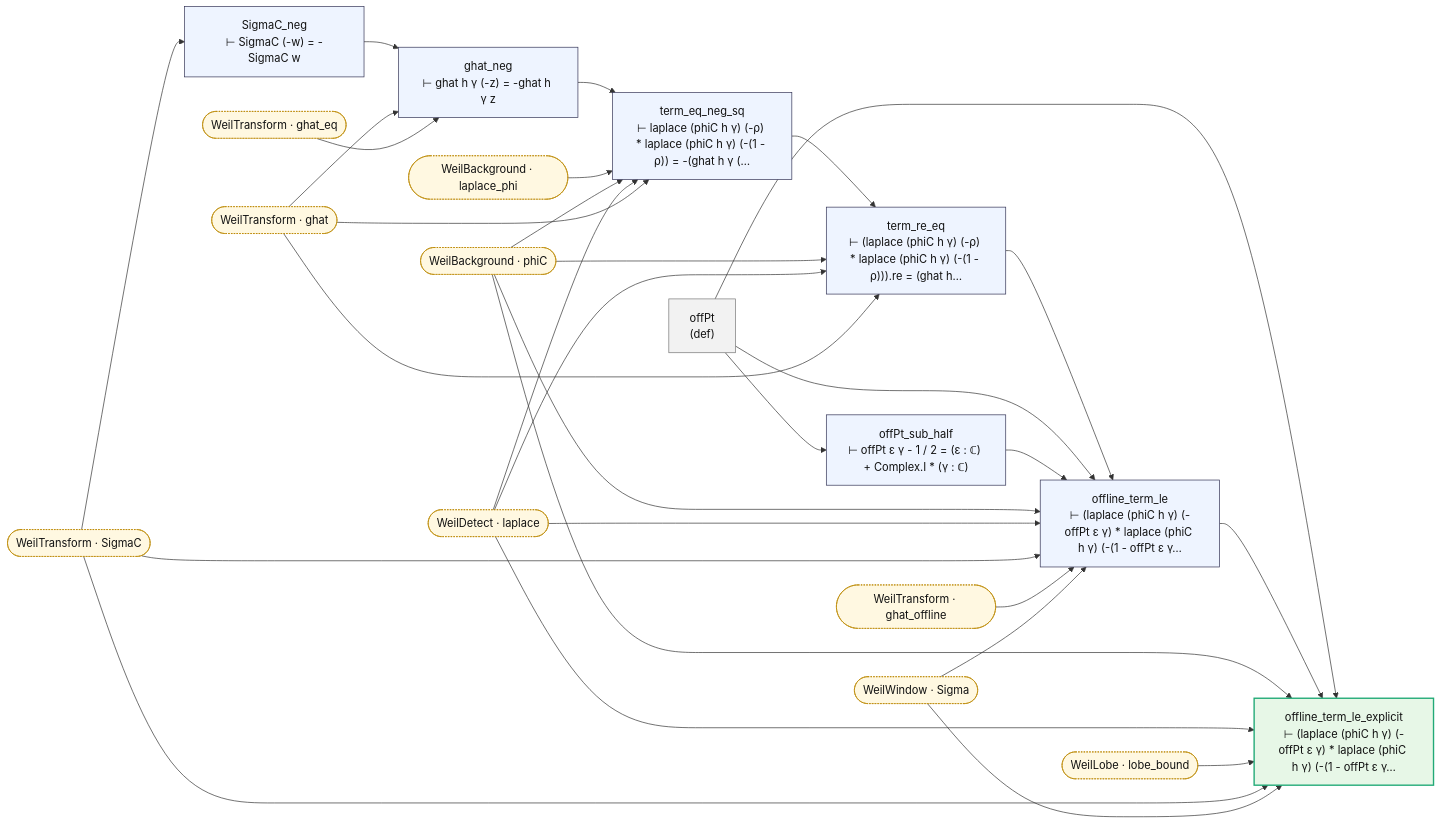
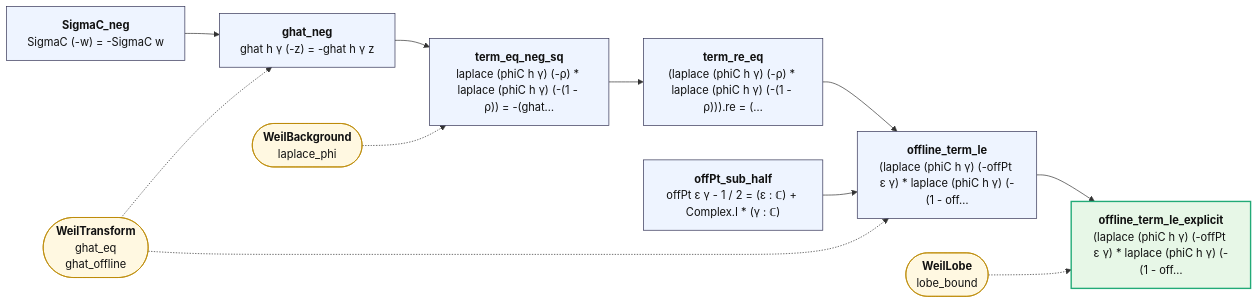
One commit to juliansambranojr/Primebeat_081426 changed the diagram in map/lean_stage3/WeilOffLine.md. Above: the diagram before and after it, drawn with Mermaid. The commit also changed other lines of this file and 387 other files, not shown here.

````diff
--- a/map/lean_stage3/WeilOffLine.md
+++ b/map/lean_stage3/WeilOffLine.md
@@ -8,55 +12,28 @@
 ```mermaid
 flowchart LR
-  n0["SigmaC_neg<br/>⊢ SigmaC (-w) = -SigmaC w"]:::thm
-  n1["ghat_neg<br/>⊢ ghat h γ (-z) = -ghat h γ z"]:::thm
-  n2["term_eq_neg_sq<br/>⊢ laplace (phiC h γ) (-ρ) * laplace (phiC h γ) (-(1 - ρ)) = -(ghat h γ (…"]:::thm
-  n3["term_re_eq<br/>⊢ (laplace (phiC h γ) (-ρ) * laplace (phiC h γ) (-(1 - ρ))).re = (ghat h…"]:::thm
-  n4["offPt<br/>(def)"]:::dfn
-  n5["offPt_sub_half<br/>⊢ offPt ε γ - 1 / 2 = (ε : ℂ) + Complex.I * (γ : ℂ)"]:::thm
-  n6["offline_term_le<br/>⊢ (laplace (phiC h γ) (-offPt ε γ) * laplace (phiC h γ) (-(1 - offPt ε γ…"]:::thm
-  n7["offline_term_le_explicit<br/>⊢ (laplace (phiC h γ) (-offPt ε γ) * laplace (phiC h γ) (-(1 - offPt ε γ…"]:::end_
-  x0(["WeilBackground · laplace_phi"]):::ext
-  x1(["WeilBackground · phiC"]):::ext
-  x2(["WeilDetect · laplace"]):::ext
-  x3(["WeilLobe · lobe_bound"]):::ext
-  x4(["WeilTransform · SigmaC"]):::ext
-  x5(["WeilTransform · ghat"]):::ext
-  x6(["WeilTransform · ghat_eq"]):::ext
-  x7(["WeilTransform · ghat_offline"]):::ext
-  x8(["WeilWindow · Sigma"]):::ext
+  n0["<b>SigmaC_neg</b><br/>SigmaC (-w) = -SigmaC w"]:::thm
+  n1["<b>ghat_neg</b><br/>ghat h γ (-z) = -ghat h γ z"]:::thm
+  n2["<b>term_eq_neg_sq</b><br/>laplace (phiC h γ) (-ρ) * laplace (phiC h γ) (-(1 - ρ)) = -(ghat…"]:::thm
+  n3["<b>term_re_eq</b><br/>(laplace (phiC h γ) (-ρ) * laplace (phiC h γ) (-(1 - ρ))).re = (…"]:::thm
+  n4["<b>offPt_sub_half</b><br/>offPt ε γ - 1 / 2 = (ε : ℂ) + Complex.I * (γ : ℂ)"]:::thm
+  n5["<b>offline_term_le</b><br/>(laplace (phiC h γ) (-offPt ε γ) * laplace (phiC h γ) (-(1 - off…"]:::thm
+  n6["<b>offline_term_le_explicit</b><br/>(laplace (phiC h γ) (-offPt ε γ) * laplace (phiC h γ) (-(1 - off…"]:::end_
+  x0(["<b>WeilTransform</b><br/>ghat_eq<br/>ghat_offline"]):::ext
+  x1(["<b>WeilBackground</b><br/>laplace_phi"]):::ext
+  x2(["<b>WeilLobe</b><br/>lobe_bound"]):::ext
   n0 --> n1
   n1 --> n2
   n2 --> n3
-  n3 --> n6
+  n3 --> n5
   n4 --> n5
-  n4 --> n6
-  n4 --> n7
   n5 --> n6
-  n6 --> n7
-  x0 --> n2
-  x1 --> n2
-  x1 --> n3
-  x1 --> n6
-  x1 --> n7
-  x2 --> n2
-  x2 --> n3
-  x2 --> n6
-  x2 --> n7
-  x3 --> n7
-  x4 --> n0
-  x4 --> n6
-  x4 --> n7
-  x5 --> n1
-  x5 --> n2
-  x5 --> n3
-  x6 --> n1
-  x7 --> n6
-  x8 --> n6
-  x8 --> n7
+  x0 -.-> n1
+  x0 -.-> n5
+  x1 -.-> n2
+  x2 -.-> n6
   classDef thm fill:#eef4ff,stroke:#335,color:#111
-  classDef dfn fill:#f2f2f2,stroke:#777,color:#111
   classDef end_ fill:#e7f7e7,stroke:#2a7,color:#111,stroke-width:2px
   classDef lone fill:#fff,stroke:#999,color:#111,stroke-dasharray:4 3
   classDef bad fill:#ffe5e5,stroke:#c22,color:#111,stroke-width:2px
-  classDef ext fill:#fff8e1,stroke:#b80,color:#111,stroke-dasharray:2 2
+  classDef ext fill:#fff8e1,stroke:#b80,color:#111
 ```
````
